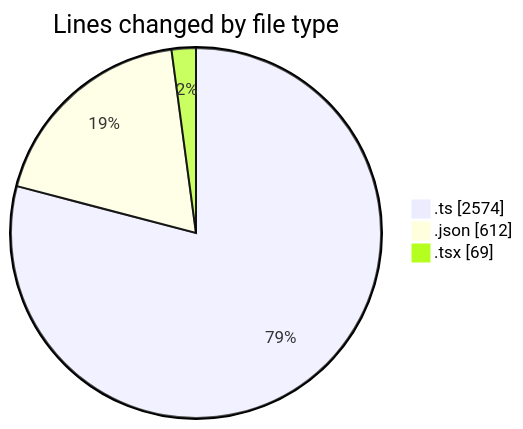
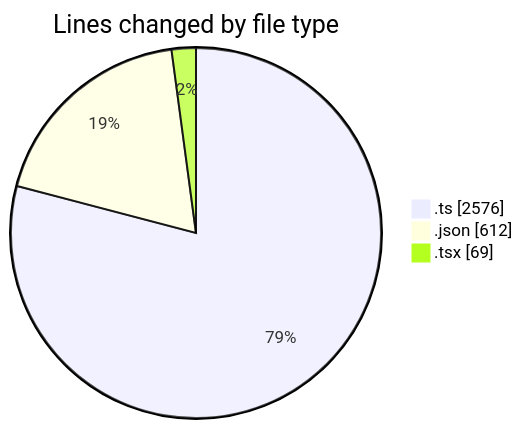
One commit to momahboobian/code-tracking changed the first of 2 diagrams in 2025-10-22/cda/README.md. Above: the diagram before and after it, drawn with Mermaid. The commit also changed other lines of this file and 1 other file, not shown here.

````diff
--- a/2025-10-22/cda/README.md
+++ b/2025-10-22/cda/README.md
@@ -28,7 +28,7 @@
 ```mermaid
 pie showData
 title Lines changed by file type
-".ts" : 2574
+".ts" : 2576
 ".json" : 612
 ".tsx" : 69
 ```
````
